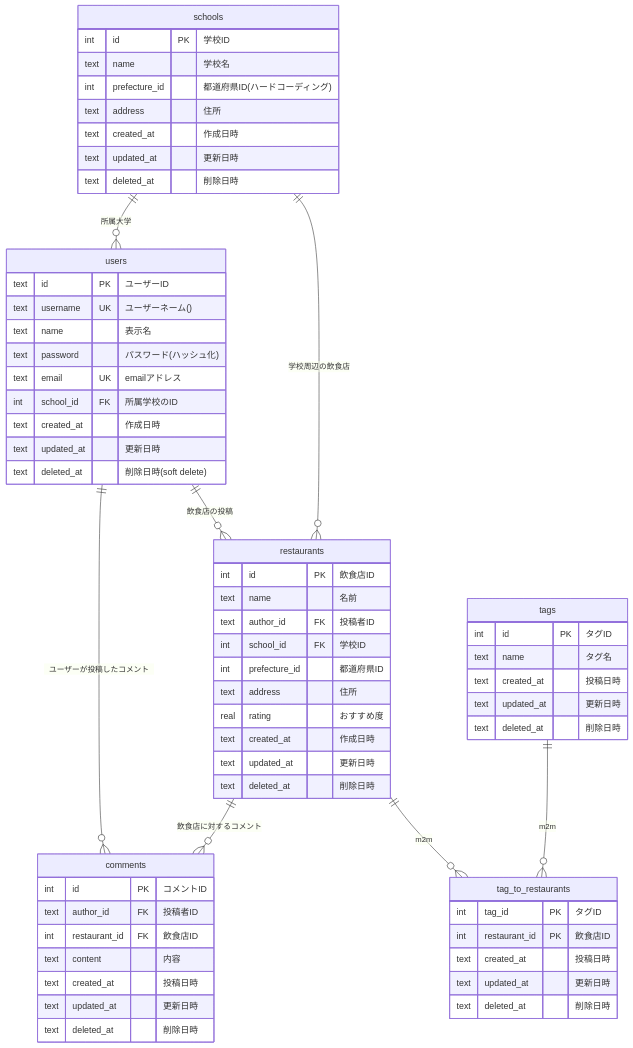
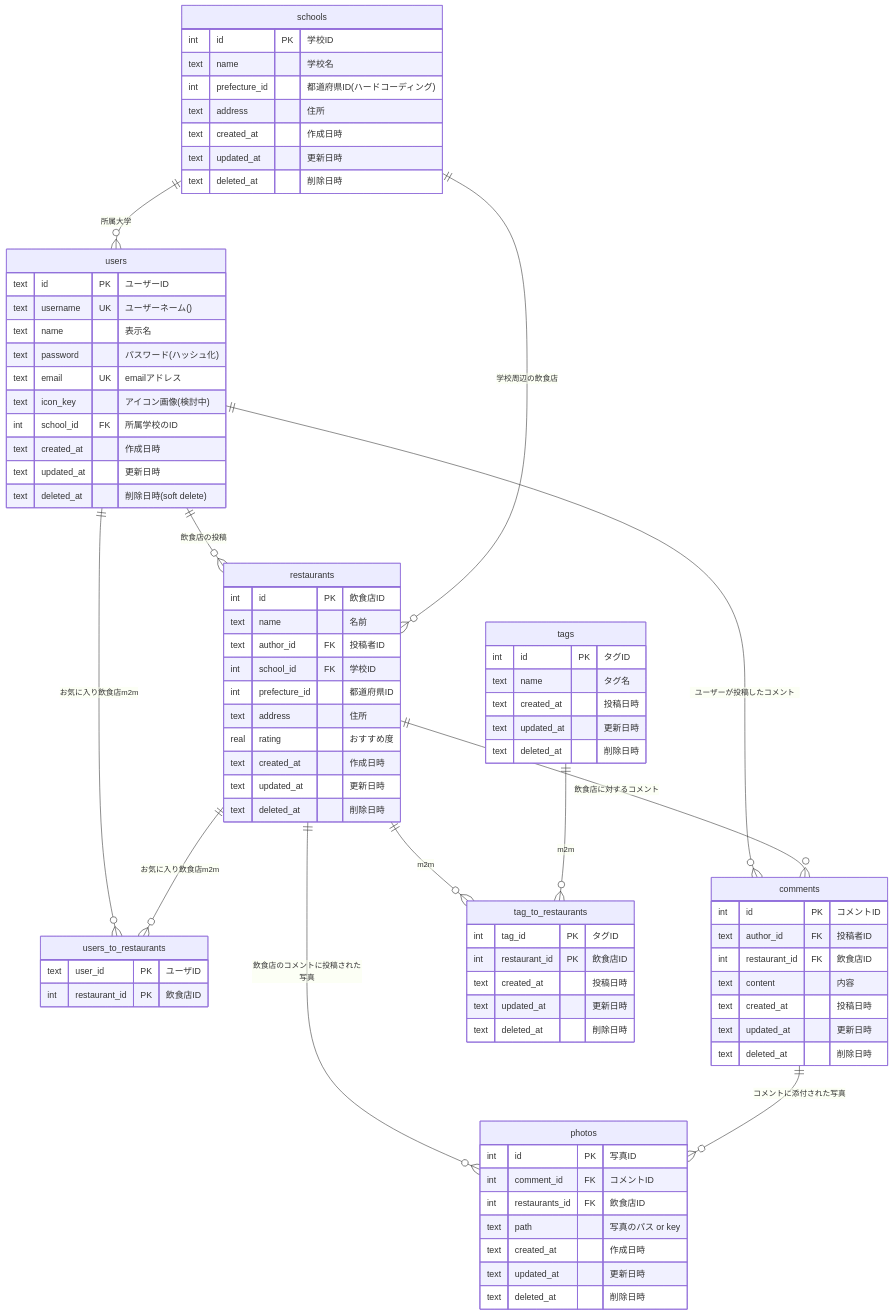
Before and after one commit to Daaaai0809/youniplaza: the diagram in docs/ER.md, drawn with Mermaid. The commit also changed 1 other file, not shown here.

Commit message:
modify: DB設計の修正

````diff
--- a/docs/ER.md
+++ b/docs/ER.md
@@ -9,6 +9,7 @@
     text name "表示名"
     text password "パスワード(ハッシュ化)"
     text email UK "emailアドレス"
+    text icon_key "アイコン画像(検討中)"
     int school_id FK "所属学校のID"
     text created_at "作成日時"
     text updated_at "更新日時"
@@ -23,6 +24,11 @@
     text created_at "作成日時"
     text updated_at "更新日時"
     text deleted_at "削除日時"
+}
+
+users_to_restaurants {
+    text user_id PK "ユーザID"
+    int restaurant_id PK "飲食店ID"
 }
 
 restaurants {
@@ -48,6 +54,16 @@
     text deleted_at "削除日時"
 }
 
+photos {
+    int id PK "写真ID"
+    int comment_id FK "コメントID"
+    int restaurants_id FK "飲食店ID"
+    text path "写真のパス or key"
+    text created_at "作成日時"
+    text updated_at "更新日時"
+    text deleted_at "削除日時"
+}
+
 tags {
     int id PK "タグID"
     text name "タグ名"
@@ -66,9 +82,13 @@
 
 users ||--o{ restaurants : "飲食店の投稿"
 users ||--o{ comments : "ユーザーが投稿したコメント"
+users ||--o{ users_to_restaurants : "お気に入り飲食店m2m"
 schools ||--o{ restaurants : "学校周辺の飲食店"
 schools ||--o{ users : "所属大学"
 restaurants ||--o{ comments : "飲食店に対するコメント"
 restaurants ||--o{ tag_to_restaurants : "m2m"
+restaurants ||--o{ users_to_restaurants : "お気に入り飲食店m2m"
+restaurants ||--o{ photos : "飲食店のコメントに投稿された写真"
 tags ||--o{ tag_to_restaurants : "m2m"
+comments ||--o{ photos : "コメントに添付された写真"
 ```
````
